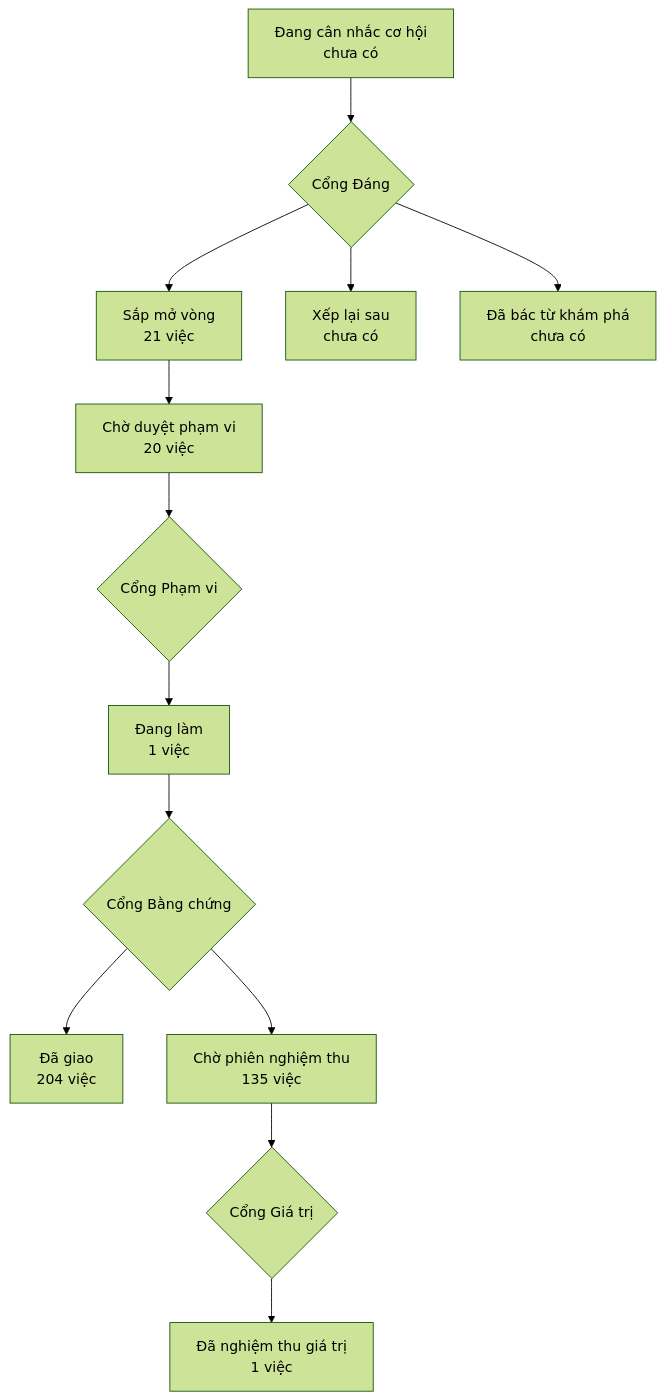
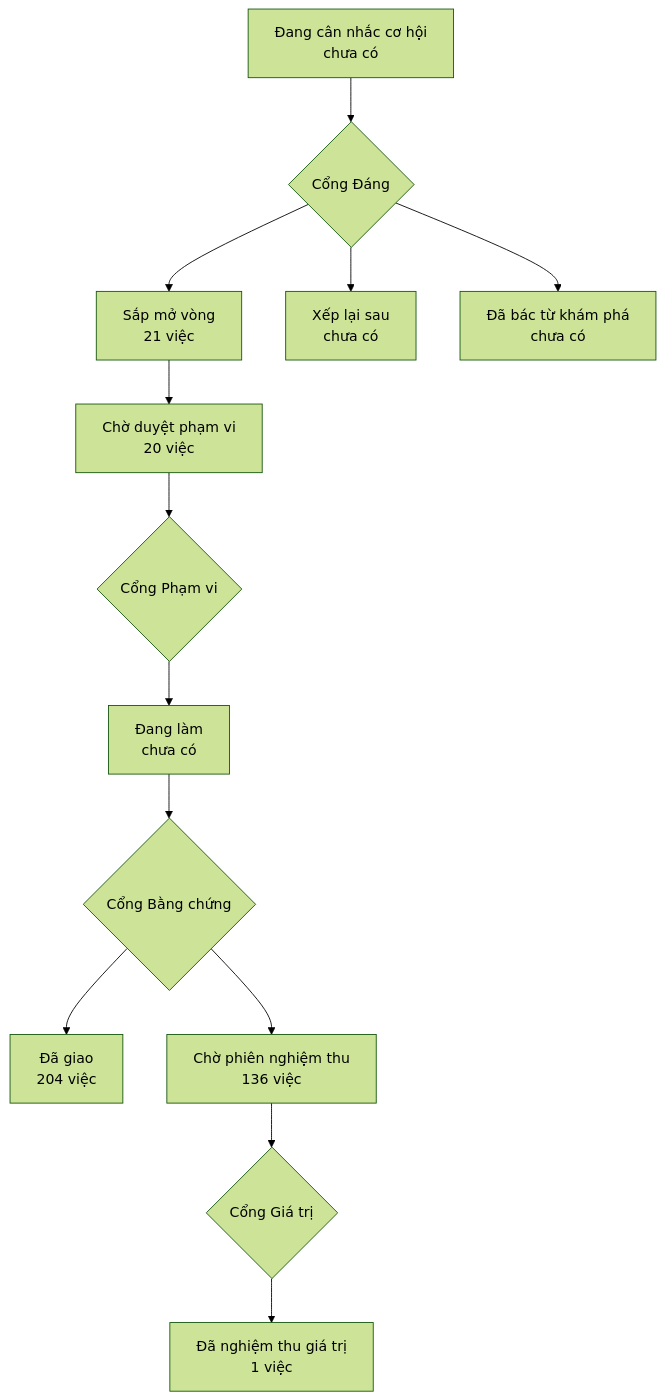
Before and after one commit to phanlemanh/onehub-invest: the diagram in PRODUCT-MAP.md, drawn with Mermaid (forest theme). The commit also changed other lines of this file and 4 other files, not shown here.

````diff
--- a/PRODUCT-MAP.md
+++ b/PRODUCT-MAP.md
@@ -7,12 +7,12 @@
 ```mermaid
 flowchart TD
   A["Đang cân nhắc cơ hội<br/>chưa có"] --> GD{"Cổng Đáng"}
   GD --> B["Sắp mở vòng<br/>21 việc"]
   GD --> XL["Xếp lại sau<br/>chưa có"]
   GD --> DB["Đã bác từ khám phá<br/>chưa có"]
   B --> CD["Chờ duyệt phạm vi<br/>20 việc"] --> GP{"Cổng Phạm vi"}
-  GP --> DL["Đang làm<br/>1 việc"] --> GB{"Cổng Bằng chứng"}
+  GP --> DL["Đang làm<br/>chưa có"] --> GB{"Cổng Bằng chứng"}
   GB --> DG["Đã giao<br/>204 việc"]
-  GB --> CN["Chờ phiên nghiệm thu<br/>135 việc"] --> GG{"Cổng Giá trị"}
+  GB --> CN["Chờ phiên nghiệm thu<br/>136 việc"] --> GG{"Cổng Giá trị"}
   GG --> NT["Đã nghiệm thu giá trị<br/>1 việc"]
 ```
````
